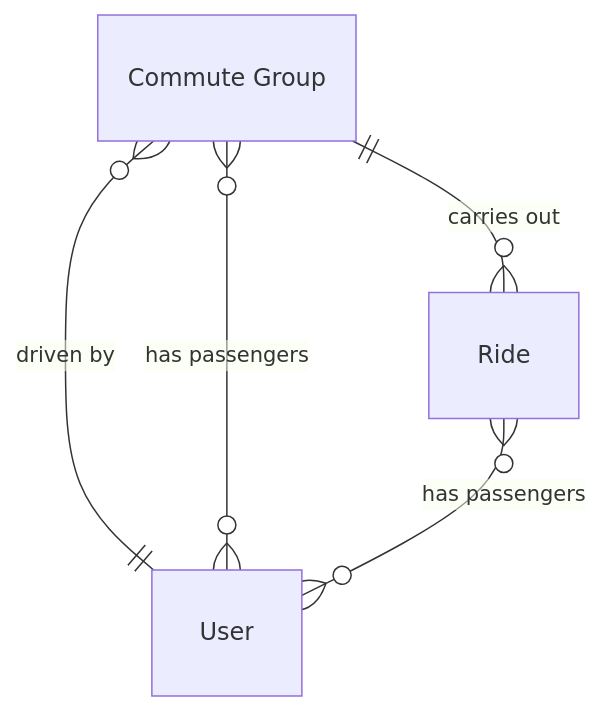
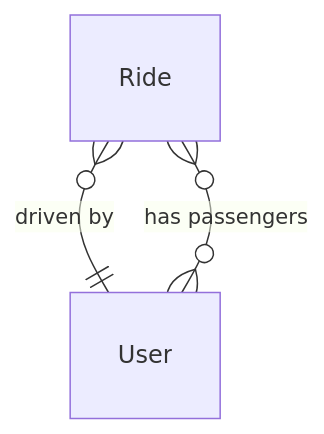
The diagram in docs/business/model.md (BenasB/compooler), drawn with Mermaid before and after one commit. The commit also changed other lines of this file and 22 other files, not shown here.

````diff
--- a/docs/business/model.md
+++ b/docs/business/model.md
@@ -70,7 +40,5 @@
 ```mermaid
 erDiagram
-    "Commute Group" }o--|| User : "driven by"
-    "Commute Group" }o--o{ User : "has passengers"
-    "Commute Group" ||--o{ Ride : "carries out"
+    Ride }o--|| User : "driven by"
     Ride }o--o{ User : "has passengers"
 ```
````
